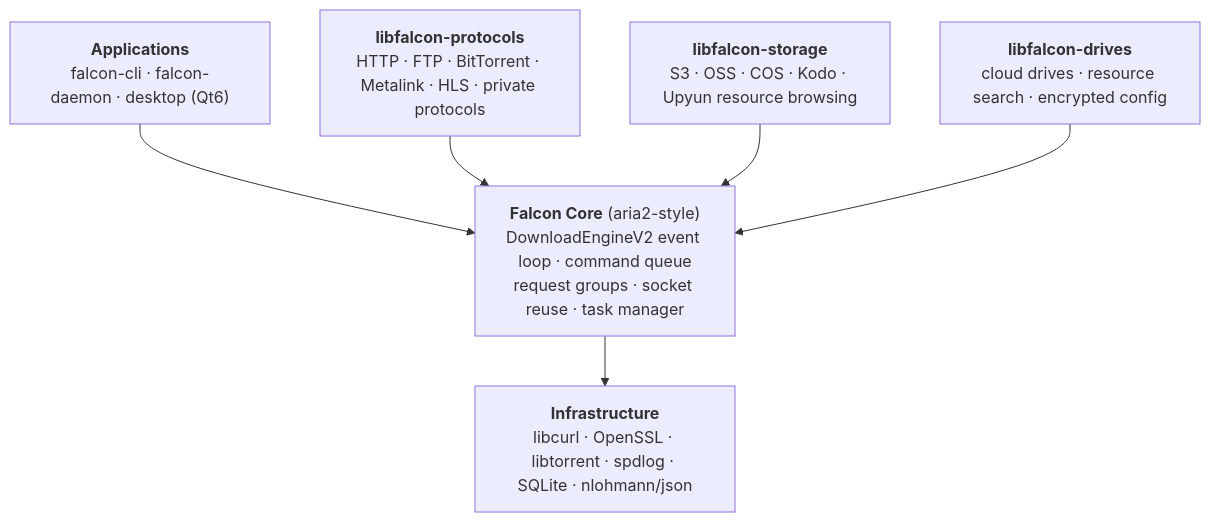
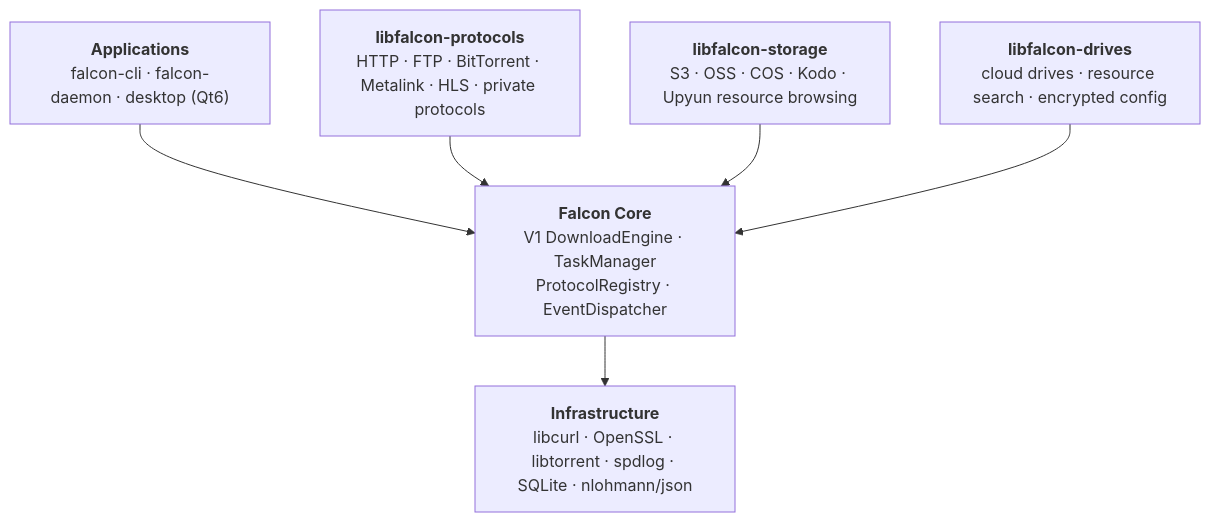
The diagram in README.md (cuihairu/falcon), drawn with Mermaid before and after one commit. The commit also changed other lines of this file and 547 other files, not shown here.

````diff
--- a/README.md
+++ b/README.md
@@ -338,15 +334,15 @@
 ```mermaid
 graph TD
     APP["<b>Applications</b><br/>falcon-cli · falcon-daemon · desktop (Qt6)"]
-    CORE["<b>Falcon Core</b> (aria2-style)<br/>DownloadEngineV2 event loop · command queue<br/>request groups · socket reuse · task manager"]
+    CORE["<b>Falcon Core</b><br/>V1 DownloadEngine · TaskManager<br/>ProtocolRegistry · EventDispatcher"]
     PROTO["<b>libfalcon-protocols</b><br/>HTTP · FTP · BitTorrent · Metalink · HLS · private protocols"]
     STOR["<b>libfalcon-storage</b><br/>S3 · OSS · COS · Kodo · Upyun resource browsing"]
     DRV["<b>libfalcon-drives</b><br/>cloud drives · resource search · encrypted config"]
     INFRA["<b>Infrastructure</b><br/>libcurl · OpenSSL · libtorrent · spdlog · SQLite · nlohmann/json"]
 
     APP --> CORE
     PROTO --> CORE
     STOR --> CORE
     DRV --> CORE
     CORE --> INFRA
 ```
````
